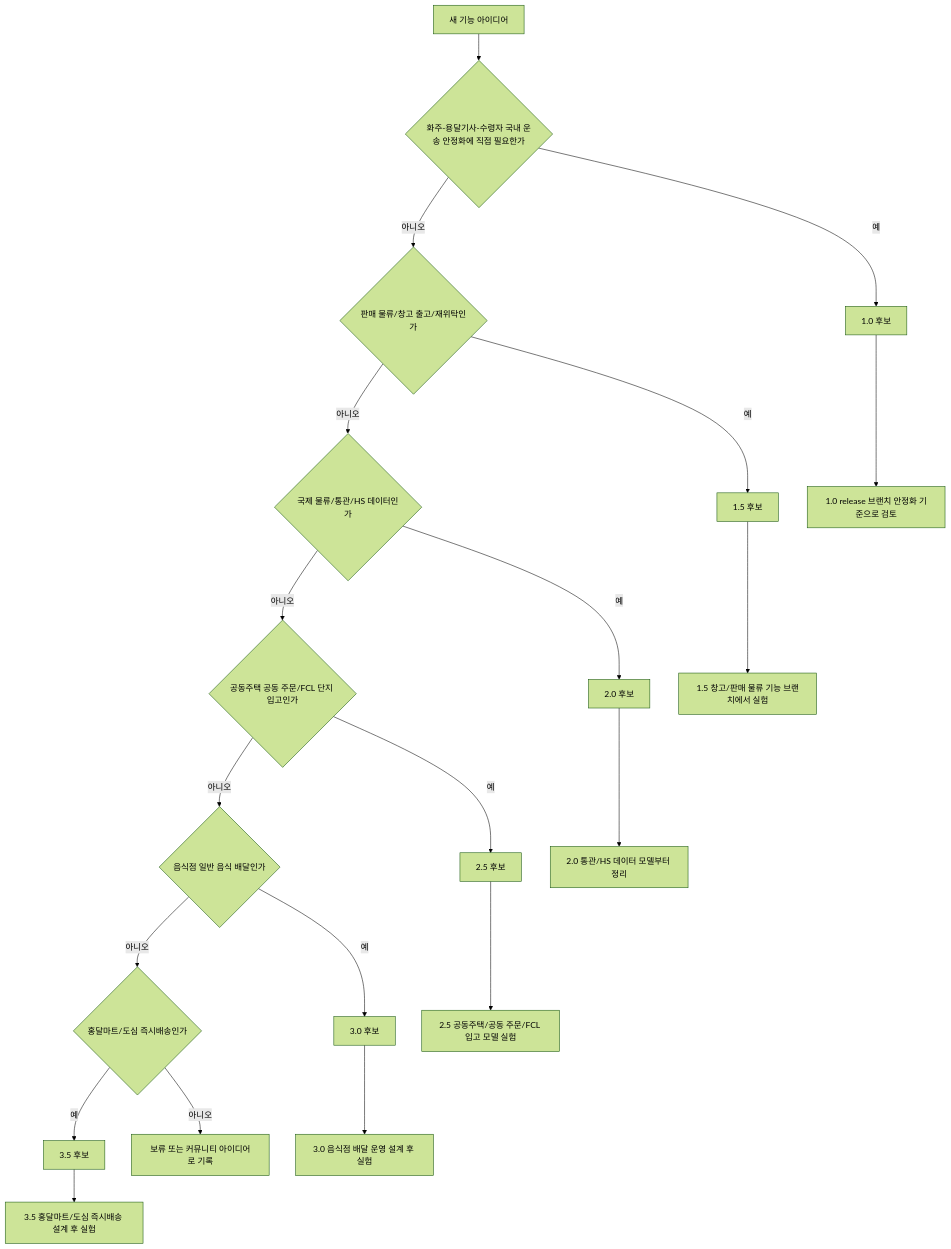
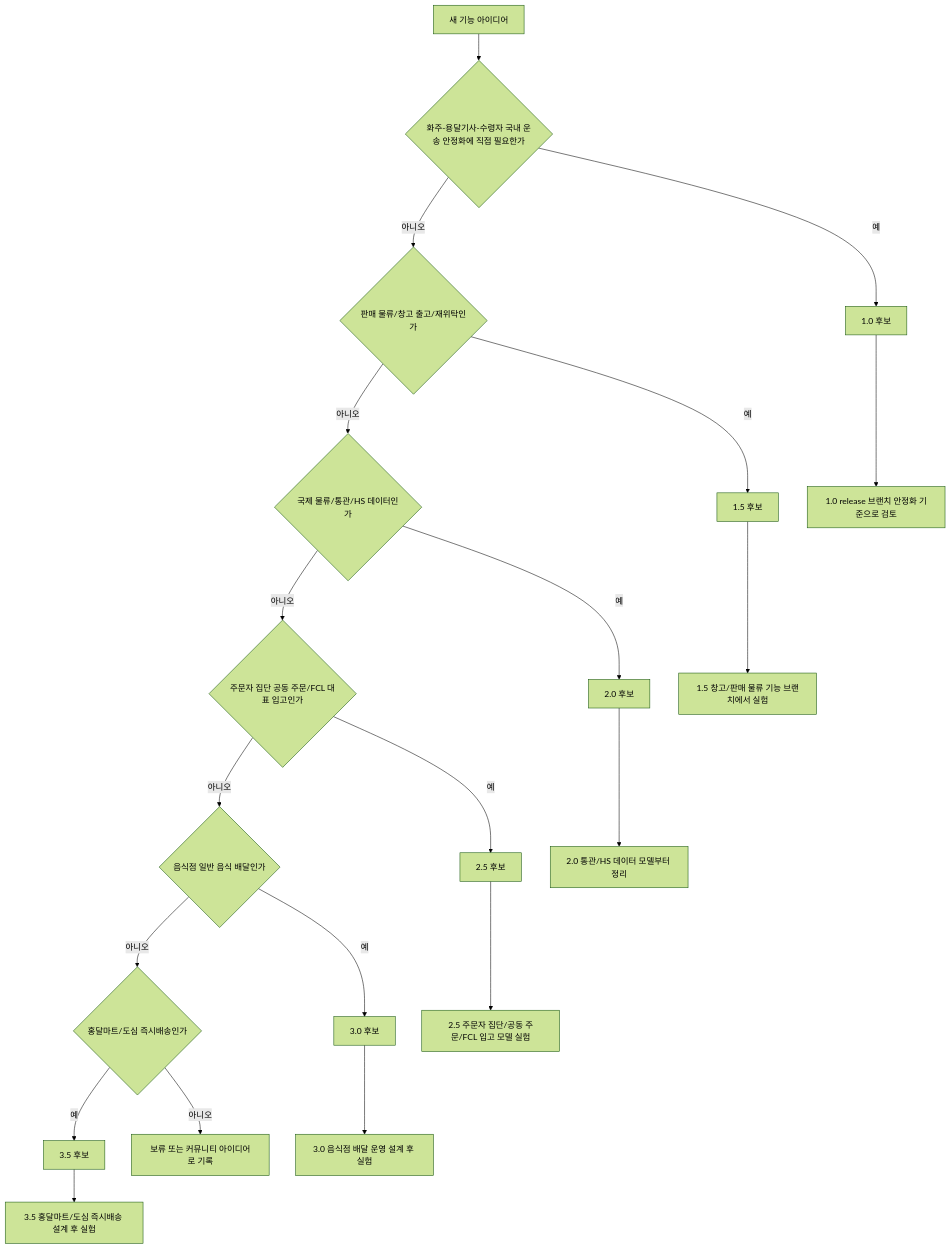
Before and after one commit to cheolwo/hongdal: the second of 14 diagrams in Hongdal/README.md, drawn with Mermaid (forest theme). The commit also changed other lines of this file and 56 other files, not shown here.

First line of the commit message:
Add platform roadmap and ISMS-P protection foundations

````diff
--- a/Hongdal/README.md
+++ b/Hongdal/README.md
@@ -100,22 +113,22 @@
 ```mermaid
 flowchart TD
     A["새 기능 아이디어"] --> B{"화주-용달기사-수령자 국내 운송 안정화에 직접 필요한가"}
     B -->|예| C["1.0 후보"]
     B -->|아니오| F{"판매 물류/창고 출고/재위탁인가"}
     F -->|예| G["1.5 후보"]
     F -->|아니오| D{"국제 물류/통관/HS 데이터인가"}
     D -->|예| E["2.0 후보"]
-    D -->|아니오| O{"공동주택 공동 주문/FCL 단지 입고인가"}
+    D -->|아니오| O{"주문자 집단 공동 주문/FCL 대표 입고인가"}
     O -->|예| P["2.5 후보"]
     O -->|아니오| H{"음식점 일반 음식 배달인가"}
     H -->|예| L["3.0 후보"]
     H -->|아니오| R{"홍달마트/도심 즉시배송인가"}
     R -->|예| S["3.5 후보"]
     R -->|아니오| M["보류 또는 커뮤니티 아이디어로 기록"]
     C --> I["1.0 release 브랜치 안정화 기준으로 검토"]
     E --> J["2.0 통관/HS 데이터 모델부터 정리"]
     G --> K["1.5 창고/판매 물류 기능 브랜치에서 실험"]
-    P --> Q["2.5 공동주택/공동 주문/FCL 입고 모델 실험"]
+    P --> Q["2.5 주문자 집단/공동 주문/FCL 입고 모델 실험"]
     L --> N["3.0 음식점 배달 운영 설계 후 실험"]
     S --> T["3.5 홍달마트/도심 즉시배송 설계 후 실험"]
 ```
````
